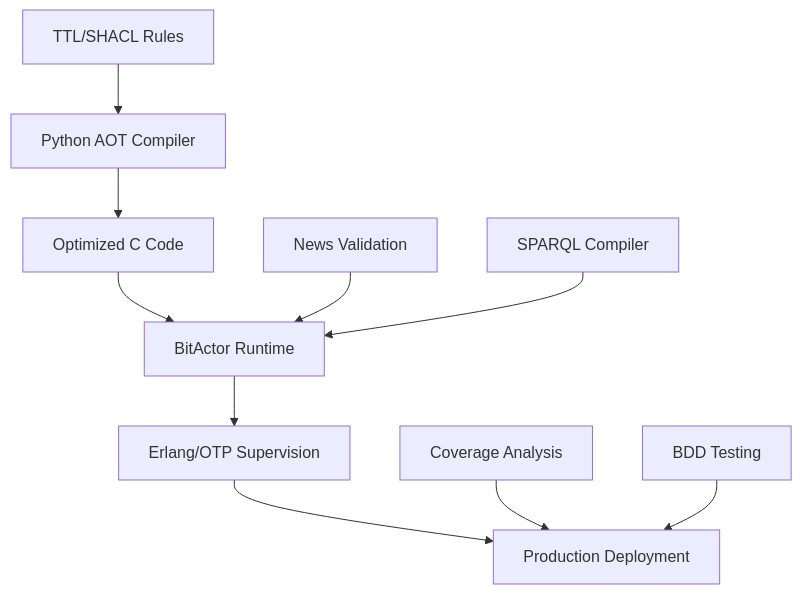
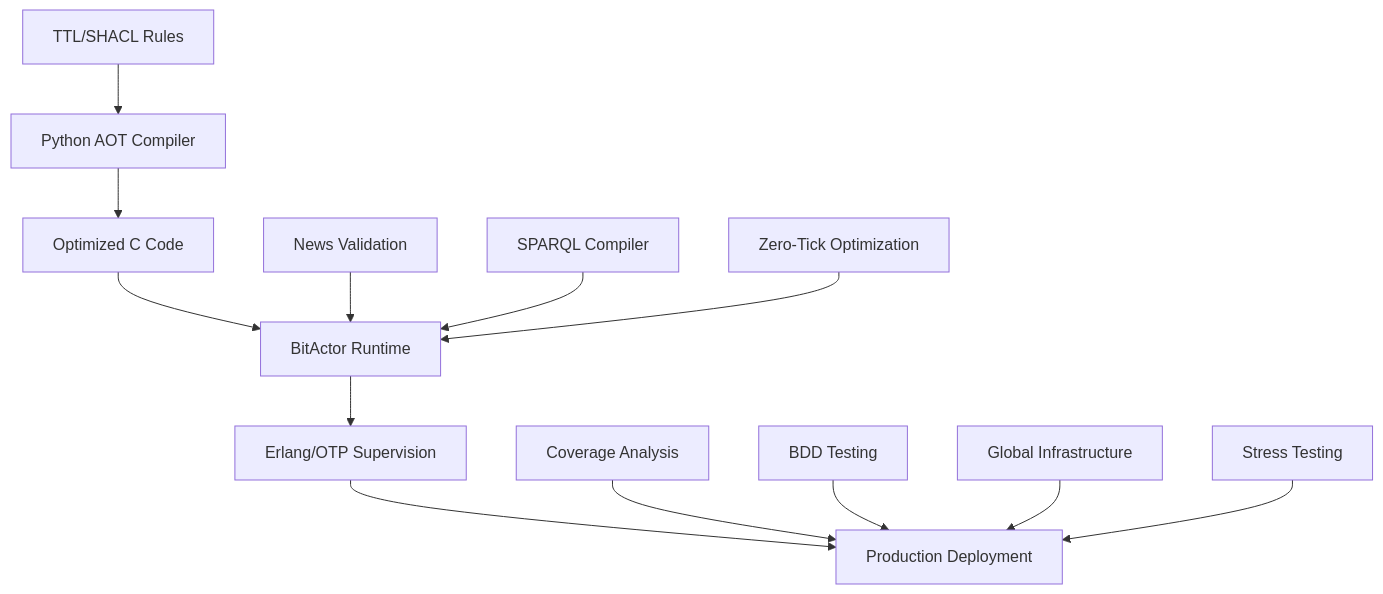
The first of 2 diagrams in README.md (seanchatmangpt/chatman-nano-stack), drawn with Mermaid before and after one commit. The commit also changed other lines of this file and 88 other files, not shown here.

Commit message:
Add comprehensive zero-tick impact evaluation, production stress testing, and Python AOT optimizations

````diff
--- a/README.md
+++ b/README.md
@@ -24,13 +25,16 @@
 ```mermaid
 graph TD
     A[TTL/SHACL Rules] --> B[Python AOT Compiler]
     B --> C[Optimized C Code]
     C --> D[BitActor Runtime]
     D --> E[Erlang/OTP Supervision]
     E --> F[Production Deployment]
     
     G[News Validation] --> D
     H[SPARQL Compiler] --> D
     I[Coverage Analysis] --> F
     J[BDD Testing] --> F
+    K[Zero-Tick Optimization] --> D
+    L[Global Infrastructure] --> F
+    M[Stress Testing] --> F
 ```
````
